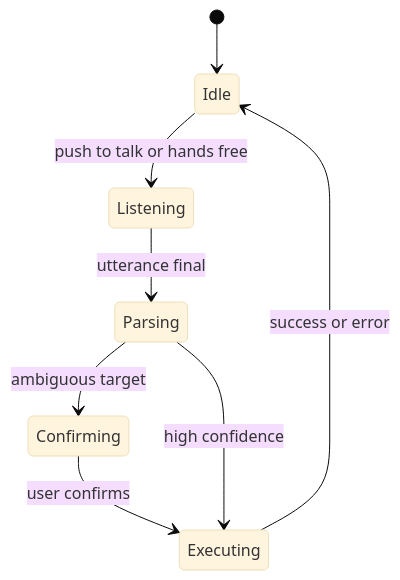
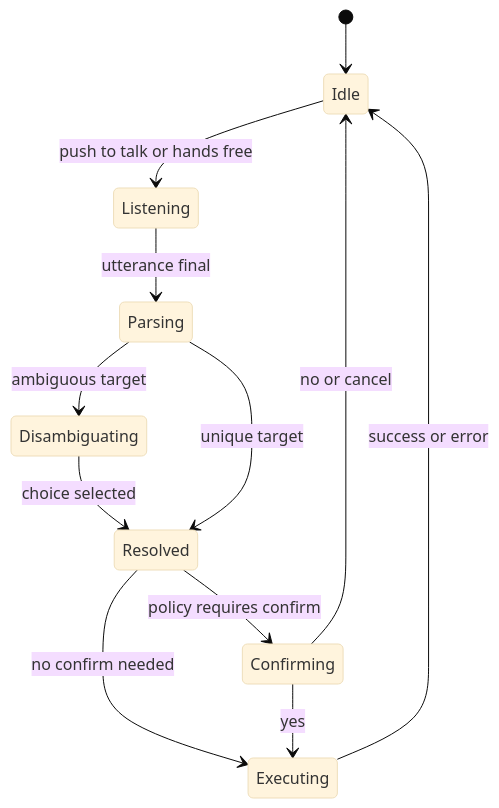
The second of 2 diagrams in docs/diagrams/scrumboy_voiceflow.md (bhardwajRahul/scrumboy), drawn with Mermaid (base theme) before and after one commit. The commit also changed other lines of this file and 38 other files, not shown here.

````diff
--- a/docs/diagrams/scrumboy_voiceflow.md
+++ b/docs/diagrams/scrumboy_voiceflow.md
@@ -31,10 +31,14 @@
 ```mermaid
 stateDiagram-v2
   [*] --> Idle
   Idle --> Listening: push to talk or hands free
   Listening --> Parsing: utterance final
-  Parsing --> Confirming: ambiguous target
-  Confirming --> Executing: user confirms
-  Parsing --> Executing: high confidence
+  Parsing --> Disambiguating: ambiguous target
+  Disambiguating --> Resolved: choice selected
+  Parsing --> Resolved: unique target
+  Resolved --> Confirming: policy requires confirm
+  Resolved --> Executing: no confirm needed
+  Confirming --> Executing: yes
+  Confirming --> Idle: no or cancel
   Executing --> Idle: success or error
 ```
````
